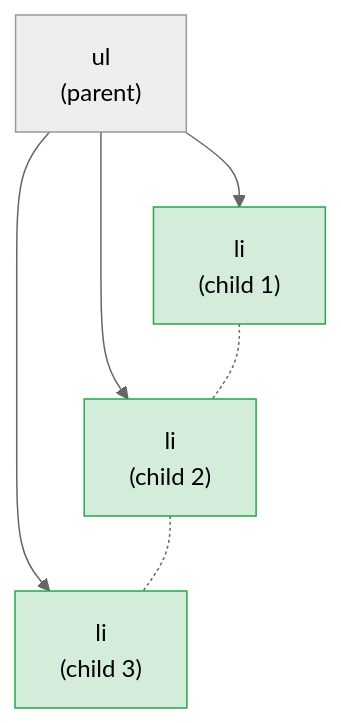
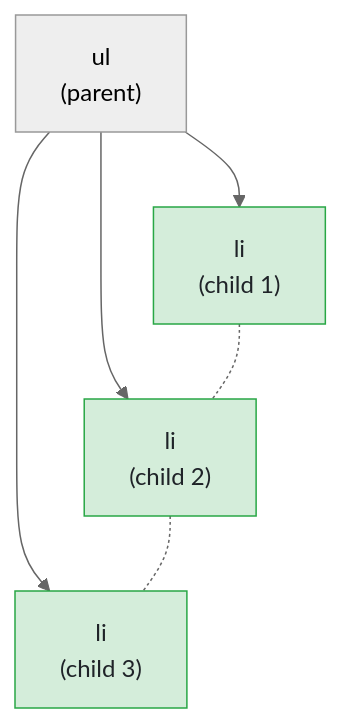
The third of 5 diagrams in _posts/2026-02-04-what-is-the-dom-visual-explanation-for-non-developers.md (bytetunnels/bytetunnels.github.com), drawn with Mermaid (neutral theme) before and after one commit. The commit also changed other lines of this file and 118 other files, not shown here.

Commit message:
feat: improve diagram styling and compact wide flowcharts

````diff
--- a/_posts/2026-02-04-what-is-the-dom-visual-explanation-for-non-developers.md
+++ b/_posts/2026-02-04-what-is-the-dom-visual-explanation-for-non-developers.md
@@ -154,13 +154,13 @@
 ```mermaid
 graph TD
     A["ul<br>(parent)"] --> B["li<br>(child 1)"]
     A --> C["li<br>(child 2)"]
     A --> D["li<br>(child 3)"]
 
     B -.- C
     C -.- D
 
-    style B fill:#d4edda,stroke:#28a745
-    style C fill:#d4edda,stroke:#28a745
-    style D fill:#d4edda,stroke:#28a745
+    style B fill:#d4edda,stroke:#28a745,color:#1f2328
+    style C fill:#d4edda,stroke:#28a745,color:#1f2328
+    style D fill:#d4edda,stroke:#28a745,color:#1f2328
 ```
````
